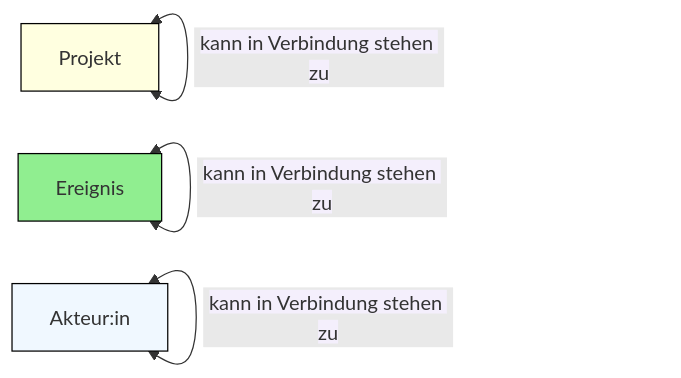
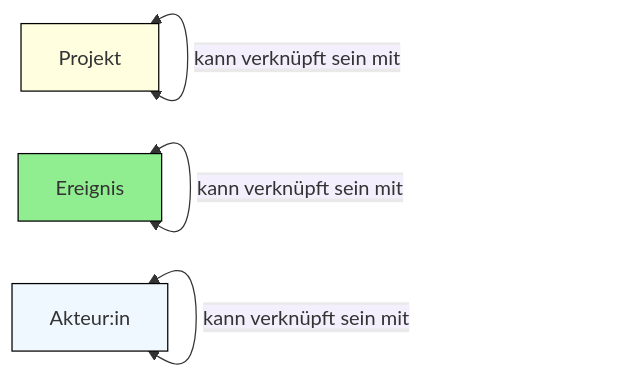
Before and after one commit to arkumu/arkumu.github.io: diagram 12 of 13 in ressourcen/entitaeten-und-attribute-des-datenmodells.markdown, drawn with Mermaid. The commit also changed other lines of this file, not shown here.

```diff
--- a/ressourcen/entitaeten-und-attribute-des-datenmodells.markdown
+++ b/ressourcen/entitaeten-und-attribute-des-datenmodells.markdown
@@ -499,10 +483,10 @@
 <pre class="mermaid">
 flowchart LR;
-    Projekt<-- <span style="background-color: #f4effc">kann in Verbindung stehen zu</span> ---> Projekt
-    Ereignis<-- <span style="background-color: #f4effc">kann in Verbindung stehen zu</span> ---> Ereignis
-    AkteurIn[Akteur:in]<-- <span style="background-color: #f4effc">kann in Verbindung stehen zu</span> ---> AkteurIn
+    Projekt<-- <span style="background-color: #f4effc">kann verknüpft sein mit</span> ---> Projekt
+    Ereignis<-- <span style="background-color: #f4effc">kann verknüpft sein mit</span> ---> Ereignis
+    AkteurIn[Akteur:in]<-- <span style="background-color: #f4effc">kann verknüpft sein mit</span> ---> AkteurIn
     style AkteurIn fill:#F0F8FF, stroke:#000000;
     style AkteurIn fill:#F0F8FF, stroke:#000000;
     style Projekt fill:#FFFFE0, stroke:#000000;
     style Ereignis fill:#90EE90, stroke:#000000;
 </pre>
```
